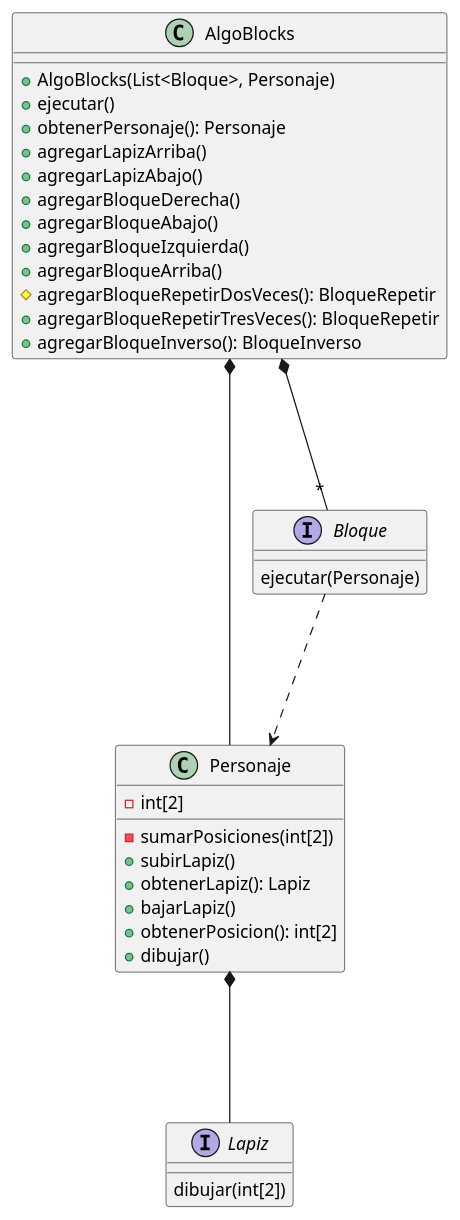
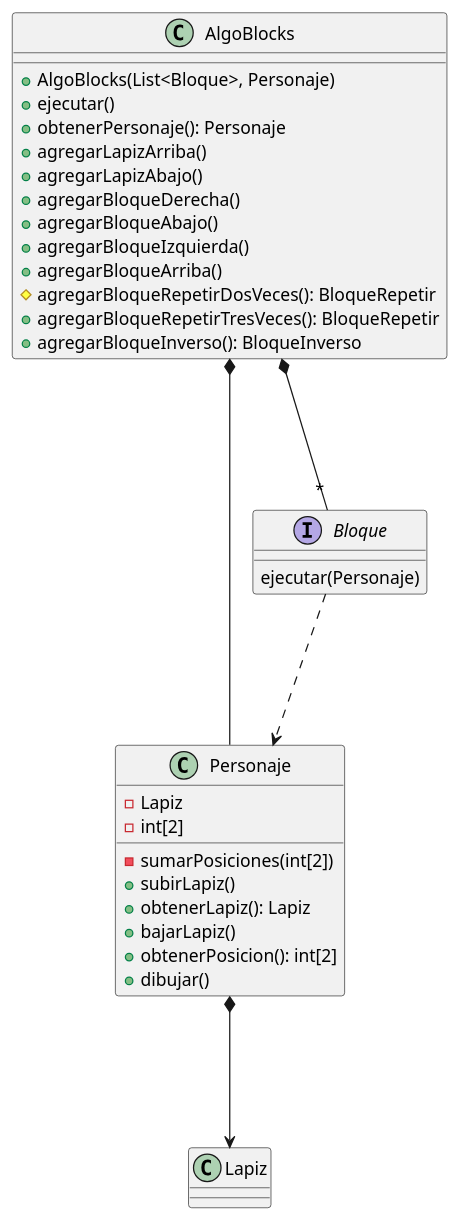
The diagram in Diagramas/AlgoBlocks UML.puml (trinibucc/TP2-AlgoBlocks), drawn with PlantUML before and after one commit. The commit also changed 4 other files, not shown here.

Commit message:
Corregi diagramas

```diff
--- a/Diagramas/AlgoBlocks UML.puml
+++ b/Diagramas/AlgoBlocks UML.puml
@@ -1,40 +1,36 @@
 @startuml
 
 class AlgoBlocks{
     + AlgoBlocks(List<Bloque>, Personaje)
     + ejecutar()
     + obtenerPersonaje(): Personaje
     + agregarLapizArriba()
     + agregarLapizAbajo()
     + agregarBloqueDerecha()
     + agregarBloqueAbajo()
     + agregarBloqueIzquierda()
     + agregarBloqueArriba()
     # agregarBloqueRepetirDosVeces(): BloqueRepetir
     + agregarBloqueRepetirTresVeces(): BloqueRepetir
     + agregarBloqueInverso(): BloqueInverso
 }
 AlgoBlocks *--- Personaje
 AlgoBlocks *--- "*" Bloque
 
 interface Bloque{
     ejecutar(Personaje)
 }
 Bloque ...> Personaje
 
-interface Lapiz{
-    dibujar(int[2])
-}
-
 class Personaje{
+    - Lapiz
     - int[2]
     - sumarPosiciones(int[2])
     + subirLapiz()
     + obtenerLapiz(): Lapiz
     + bajarLapiz()
     + obtenerPosicion(): int[2]
     + dibujar()
 }
-Personaje *--- Lapiz
-
+Personaje *---> Lapiz
 @enduml
```
